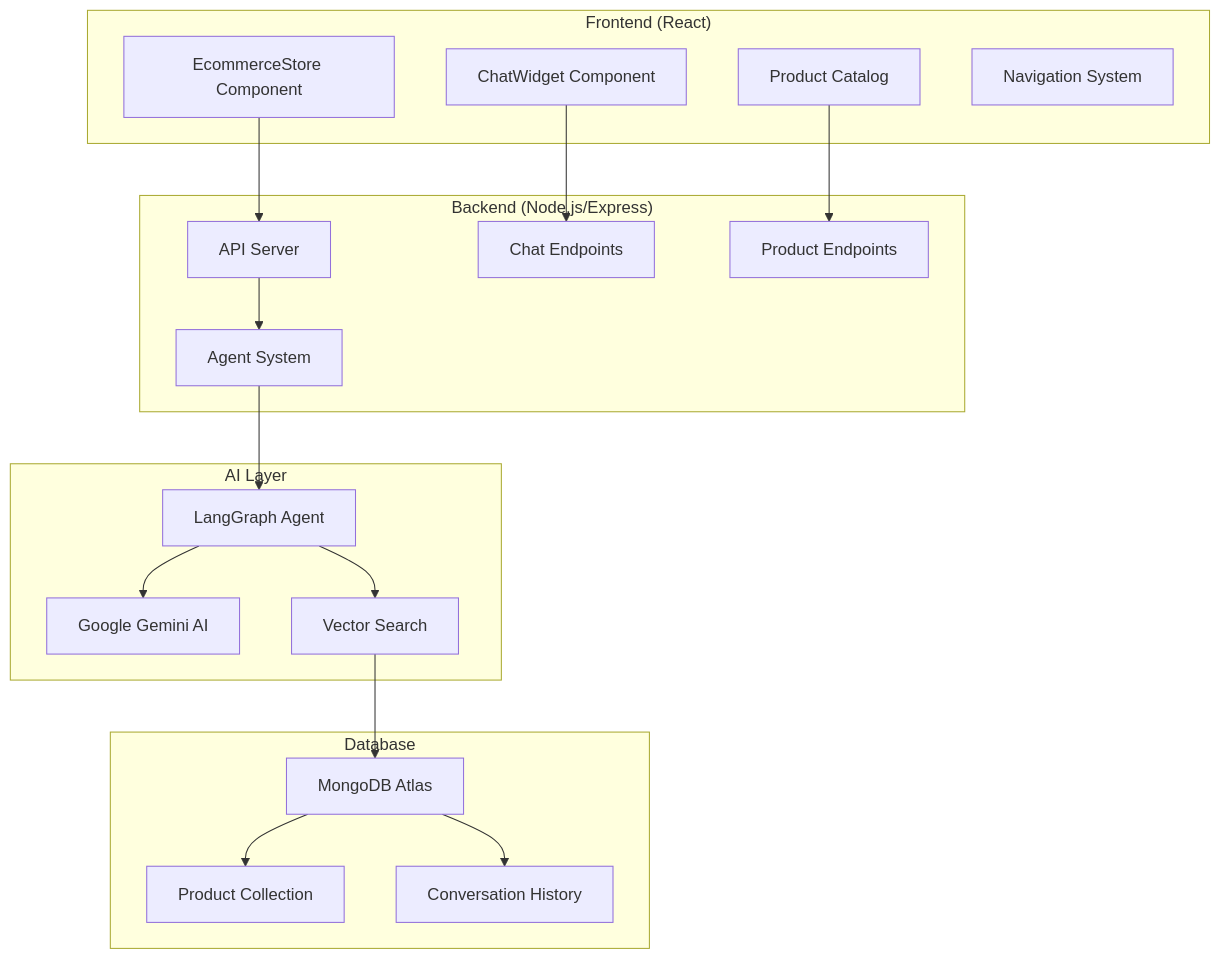
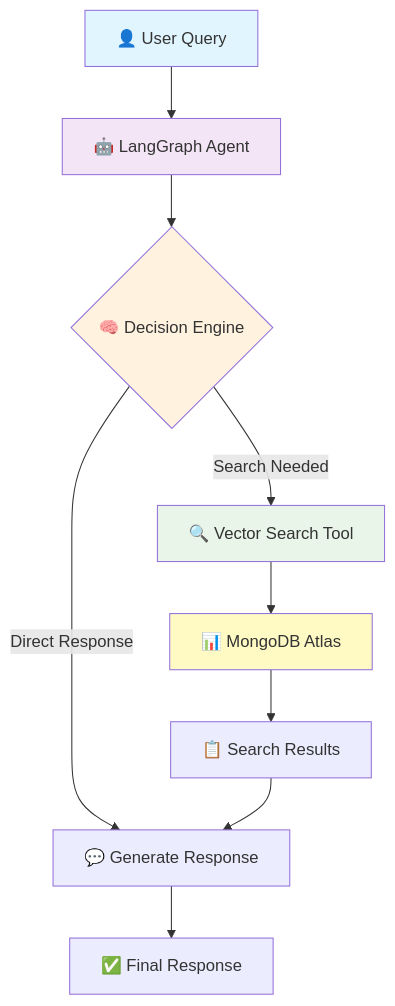
One commit to tanviriss/CartSense changed the diagram in README.md. Above: the diagram before and after it, drawn with Mermaid. The commit also changed other lines of this file, not shown here.

````diff
--- a/README.md
+++ b/README.md
@@ -46,39 +56,17 @@
 ```mermaid
-graph TB
-    subgraph "Frontend (React)"
-        A[EcommerceStore Component]
-        B[ChatWidget Component]
-        C[Product Catalog]
-        D[Navigation System]
-    end
-
-    subgraph "Backend (Node.js/Express)"
-        E[API Server]
-        F[Chat Endpoints]
-        G[Product Endpoints]
-        H[Agent System]
-    end
-
-    subgraph "AI Layer"
-        I[LangGraph Agent]
-        J[Google Gemini AI]
-        K[Vector Search]
-    end
-
-    subgraph "Database"
-        L[MongoDB Atlas]
-        M[Product Collection]
-        N[Conversation History]
-    end
-
-    A --> E
-    B --> F
-    C --> G
-    E --> H
-    H --> I
-    I --> J
-    I --> K
-    K --> L
-    L --> M
-    L --> N
+graph TD
+    A[👤 User Query] --> B[🤖 LangGraph Agent]
+    B --> C{🧠 Decision Engine}
+    C -->|Search Needed| D[🔍 Vector Search Tool]
+    C -->|Direct Response| E[💬 Generate Response]
+    D --> F[📊 MongoDB Atlas]
+    F --> G[📋 Search Results]
+    G --> E
+    E --> H[✅ Final Response]
+    
+    style A fill:#e1f5fe
+    style B fill:#f3e5f5
+    style C fill:#fff3e0
+    style D fill:#e8f5e8
+    style F fill:#fff9c4
 ```
````
